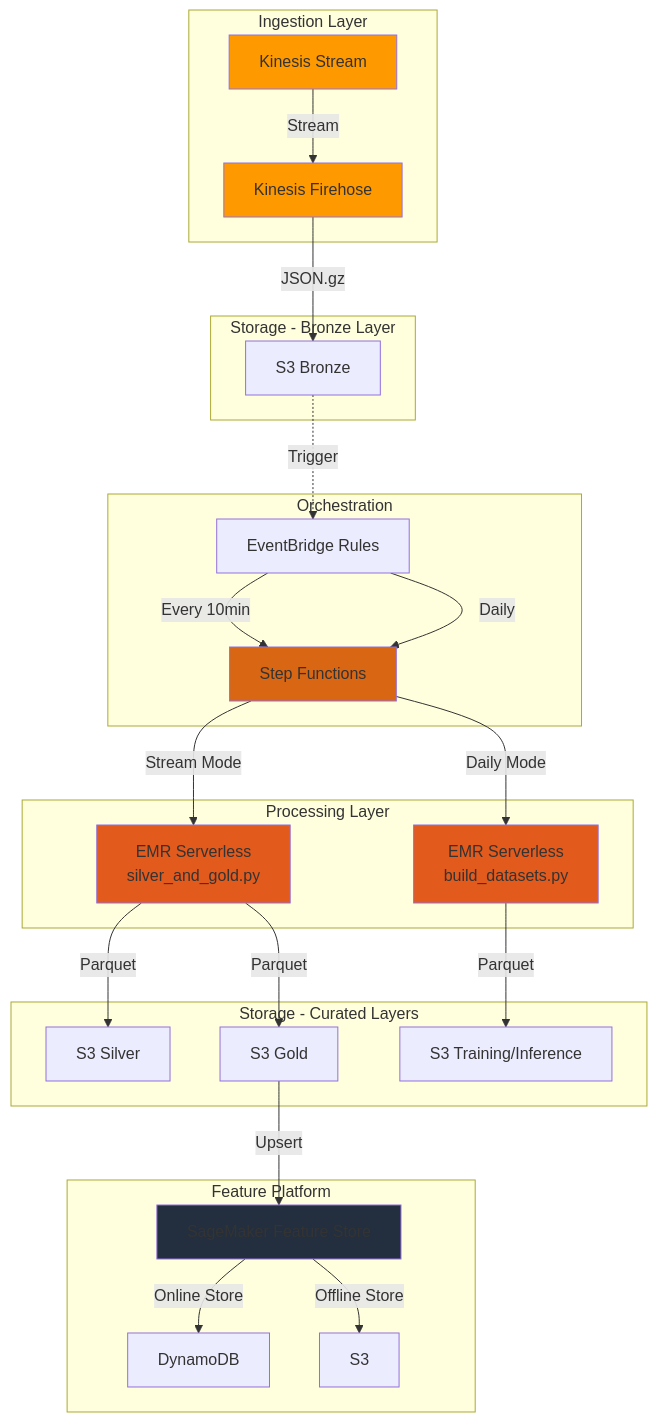
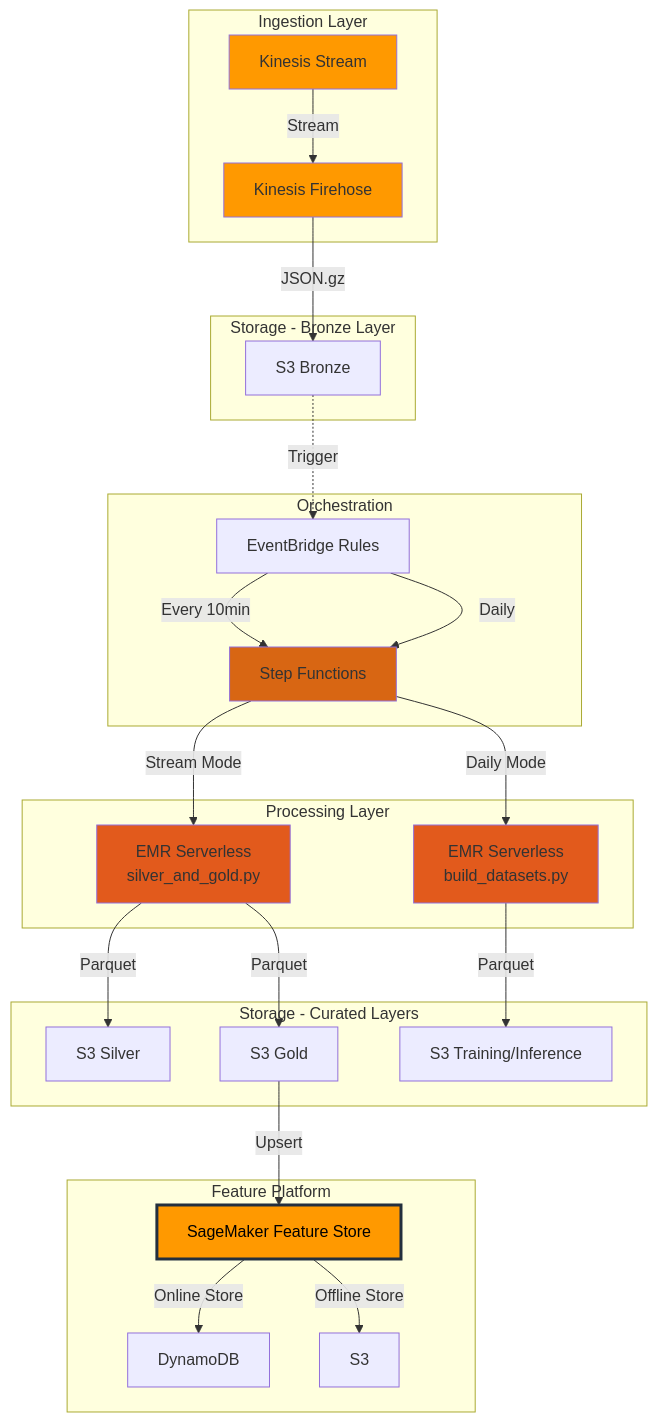
The diagram in README.md (patrick-cst1/AWS-Batch-Realtime-Medallion-ML-Feature-Platform-Pipeline), drawn with Mermaid before and after one commit. The commit also changed other lines of this file and 2 other files, not shown here.

````diff
--- a/README.md
+++ b/README.md
@@ -67,42 +67,42 @@
 ```mermaid
 graph TB
     subgraph "Ingestion Layer"
         A[Kinesis Stream] -->|Stream| B[Kinesis Firehose]
     end
     
     subgraph "Storage - Bronze Layer"
         B -->|JSON.gz| C[S3 Bronze]
     end
     
     subgraph "Orchestration"
         D[EventBridge Rules]
         D -->|Every 10min| E[Step Functions]
         D -->|Daily| E
     end
     
     subgraph "Processing Layer"
         E -->|Stream Mode| F[EMR Serverless<br/>silver_and_gold.py]
         E -->|Daily Mode| G[EMR Serverless<br/>build_datasets.py]
     end
     
     subgraph "Storage - Curated Layers"
         F -->|Parquet| H[S3 Silver]
         F -->|Parquet| I[S3 Gold]
         G -->|Parquet| J[S3 Training/Inference]
     end
     
     subgraph "Feature Platform"
         I -->|Upsert| K[SageMaker Feature Store]
         K -->|Online Store| L[DynamoDB]
         K -->|Offline Store| M[S3]
     end
     
     C -.->|Trigger| D
     
     style A fill:#FF9900
     style B fill:#FF9900
     style F fill:#E25A1C
     style G fill:#E25A1C
-    style K fill:#232F3E
+    style K fill:#FF9900,stroke:#232F3E,stroke-width:3px,color:#000
     style E fill:#D86613
 ```
````
